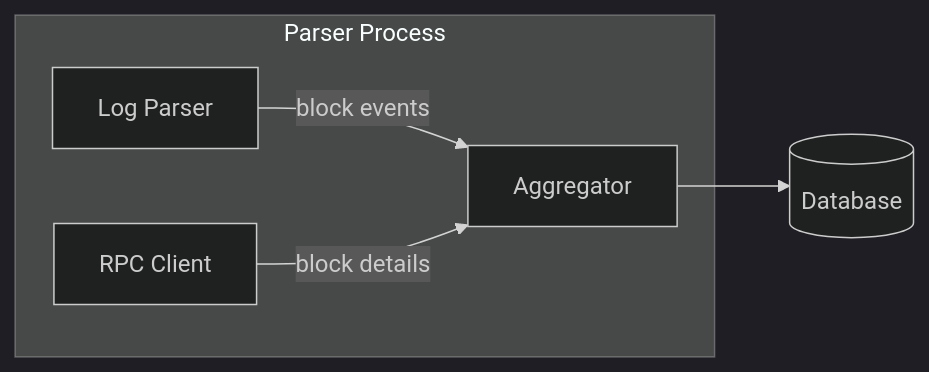
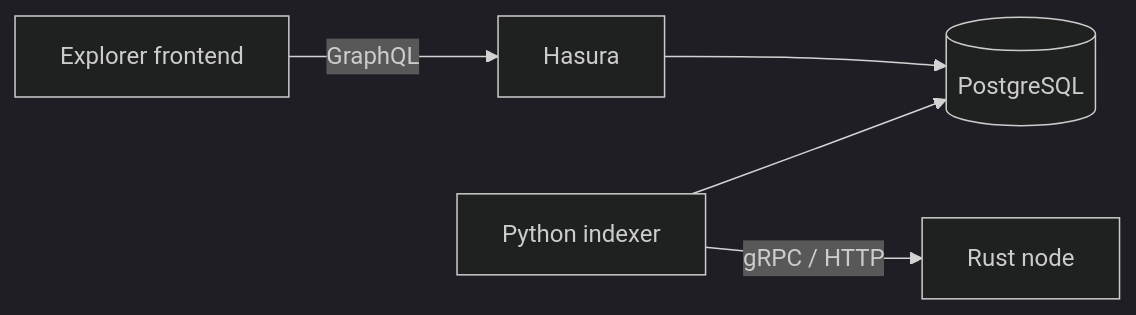
The diagram in architecture/component-diagrams/explorer/index.md (asi-alliance/asi-chain-docs-portal), drawn with Mermaid (dark theme) before and after one commit. The commit also changed other lines of this file and 23 other files, not shown here.

Commit message:
docs: refresh Rust node guides and pin published ECR images

````diff
--- a/architecture/component-diagrams/explorer/index.md
+++ b/architecture/component-diagrams/explorer/index.md
@@ -37,12 +5,7 @@
 ```mermaid
-graph LR
-    subgraph "Parser Process"
-        LP[Log Parser]
-        RPC[RPC Client]
-        AGG[Aggregator]
-    end
-    
-    LP --> |block events| AGG
-    RPC --> |block details| AGG
-    AGG --> DB[(Database)]
+flowchart LR
+  Browser[Explorer frontend] -->|GraphQL| Hasura[Hasura]
+  Hasura --> PG[(PostgreSQL)]
+  Indexer[Python indexer] --> PG
+  Indexer -->|gRPC / HTTP| Node[Rust node]
 ```
````
